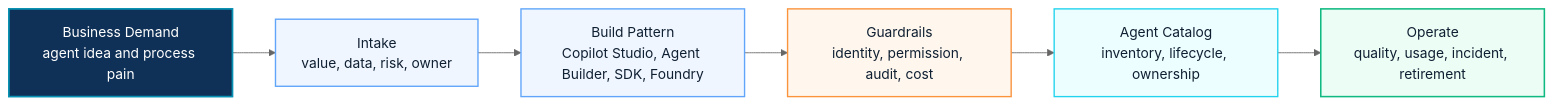
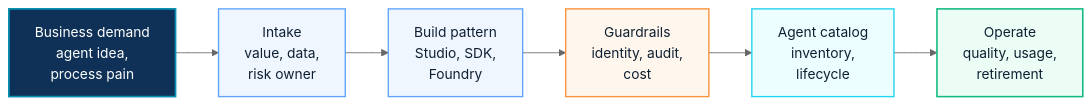
Before and after one commit to Eric841001/Eric841001.github.io: the diagram in docs/search/ai-agent-factory.md, drawn with Mermaid (neutral theme). The commit also changed other lines of this file and 7 other files, not shown here.

````diff
--- a/docs/search/ai-agent-factory.md
+++ b/docs/search/ai-agent-factory.md
@@ -33,17 +35,17 @@
 ```mermaid
 flowchart LR
-  Demand["Business Demand<br/>agent idea and process pain"]:::source
-  Intake["Intake<br/>value, data, risk, owner"]:::step
-  Pattern["Build Pattern<br/>Copilot Studio, Agent Builder, SDK, Foundry"]:::step
-  Guardrail["Guardrails<br/>identity, permission, audit, cost"]:::control
-  Catalog["Agent Catalog<br/>inventory, lifecycle, ownership"]:::asset
-  Operate["Operate<br/>quality, usage, incident, retirement"]:::outcome
+  Demand["Business demand<br/>agent idea,<br/>process pain"]:::source
+  Intake["Intake<br/>value, data,<br/>risk owner"]:::step
+  Pattern["Build pattern<br/>Studio, SDK,<br/>Foundry"]:::step
+  Guardrail["Guardrails<br/>identity, audit,<br/>cost"]:::control
+  Catalog["Agent catalog<br/>inventory,<br/>lifecycle"]:::asset
+  Operate["Operate<br/>quality, usage,<br/>retirement"]:::outcome
 
   Demand --> Intake --> Pattern --> Guardrail --> Catalog --> Operate
 
   classDef source fill:#0f3157,stroke:#0891b2,color:#ffffff,stroke-width:2px
   classDef step fill:#eff6ff,stroke:#60a5fa,color:#102033,stroke-width:1.6px
   classDef control fill:#fff7ed,stroke:#fb923c,color:#102033,stroke-width:1.6px
   classDef asset fill:#ecfeff,stroke:#22d3ee,color:#102033,stroke-width:1.6px
   classDef outcome fill:#ecfdf5,stroke:#10b981,color:#102033,stroke-width:1.8px
 ```
````
